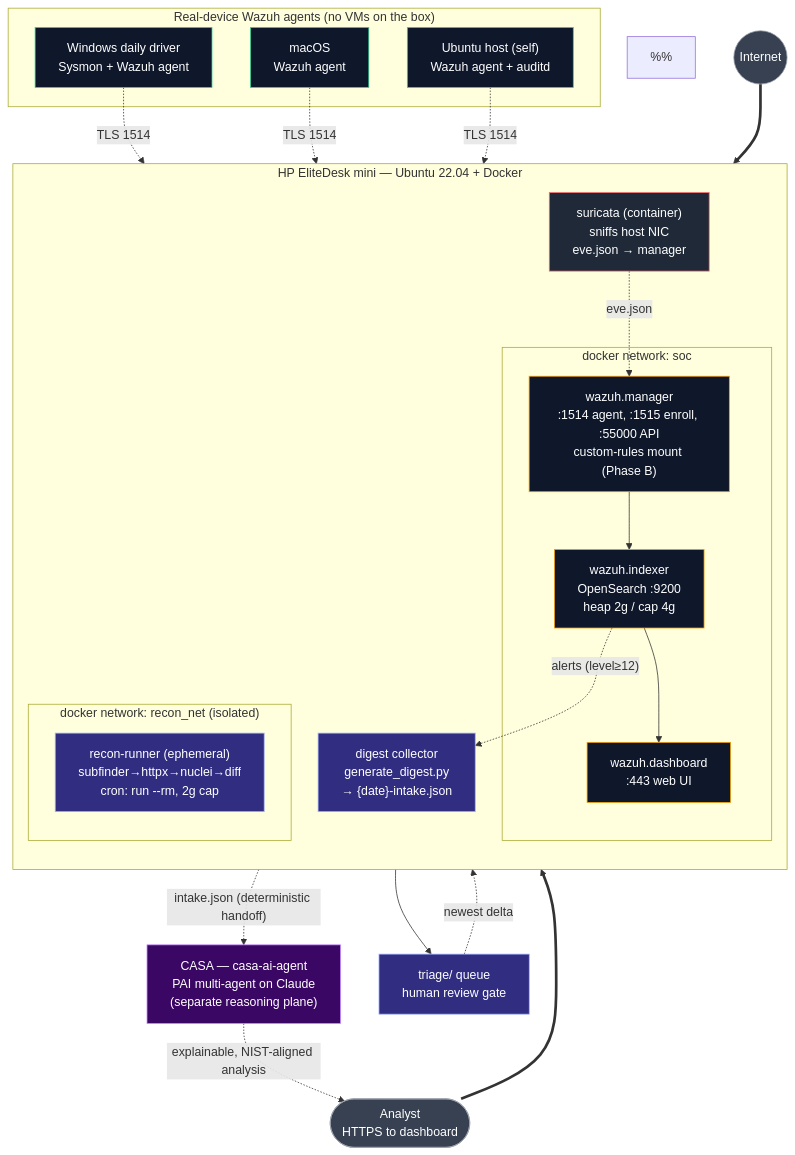
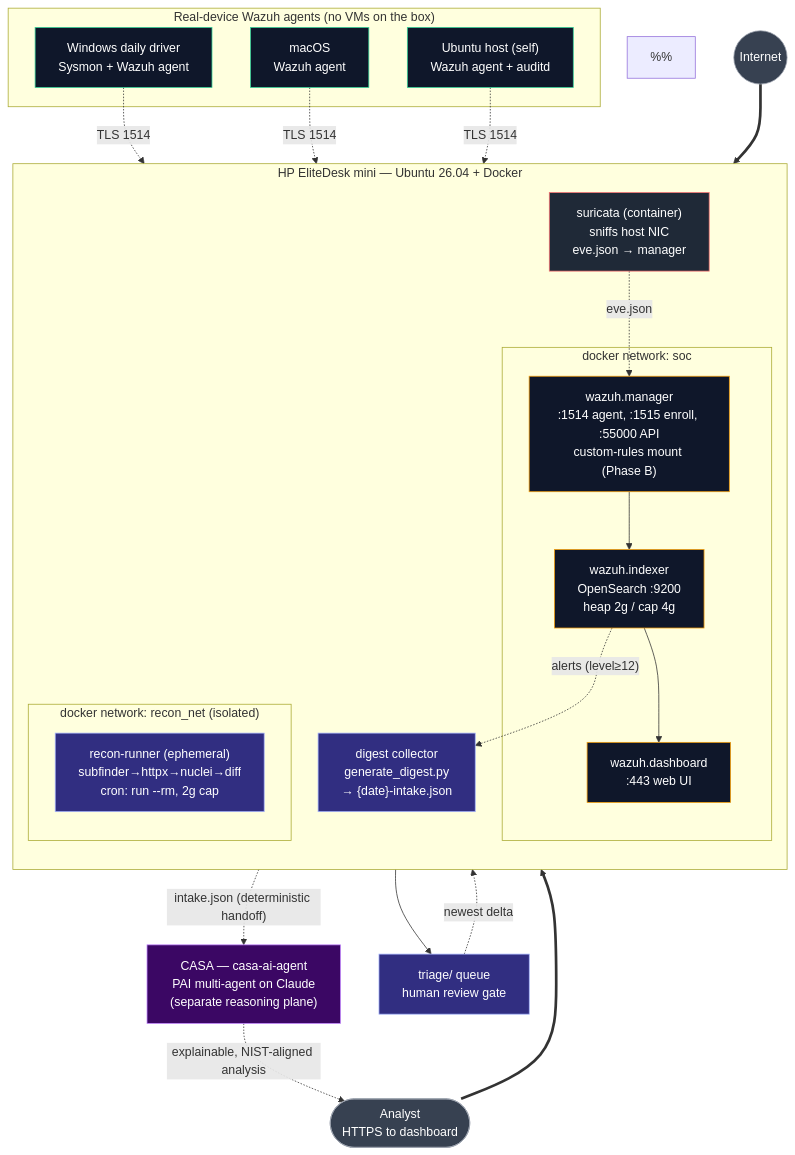
One commit to ktalons/talonsoclab changed the diagram in phase-a-foundation/architecture.mmd. Above: the diagram before and after it, drawn with Mermaid.

Commit message:
diagram: architecture.mmd substrate 22.04 -> 26.04 (as-installed); link network-topology companion

```diff
--- a/phase-a-foundation/architecture.mmd
+++ b/phase-a-foundation/architecture.mmd
@@ -1,70 +1,71 @@
 flowchart TB
 %% TalonSocLab — Phase A Foundation SOC Stack (docker-compose edition)
 %% Single source of truth for the container topology + data flow.
+%% Companion: network-topology.mmd holds the physical / L2 network (router, switch, rack).
 %% Host: HP EliteDesk mini (6-core i5, 16 GB, 256 GB NVMe) — OWNED outright.
-%% Substrate: Ubuntu Server 22.04 LTS bare-metal + Docker (no Proxmox).
+%% Substrate: Ubuntu Server 26.04 LTS bare-metal + Docker (no Proxmox).
 %%
 %% PIVOT NOTE: the original Proxmox/pfSense/VLAN topology is archived under
 %%   phase-a-foundation/archive-proxmox/. This edition trades network realism
 %%   (pfSense, VLANs, Windows endpoint VMs) for portability + detection breadth.
 %% Endpoints are Wazuh agents on REAL devices, not VMs — keeps the 16 GB budget clear.
 
     Internet((Internet))
 
-    subgraph Host["HP EliteDesk mini — Ubuntu 22.04 + Docker"]
+    subgraph Host["HP EliteDesk mini — Ubuntu 26.04 + Docker"]
         direction TB
 
         subgraph SocNet["docker network: soc"]
             Indexer["wazuh.indexer<br/>OpenSearch :9200<br/>heap 2g / cap 4g"]
             Manager["wazuh.manager<br/>:1514 agent, :1515 enroll, :55000 API<br/>custom-rules mount (Phase B)"]
             Dashboard["wazuh.dashboard<br/>:443 web UI"]
         end
 
         Suricata["suricata (container)<br/>sniffs host NIC<br/>eve.json → manager"]
 
         subgraph ReconNet["docker network: recon_net (isolated)"]
             Recon["recon-runner (ephemeral)<br/>subfinder→httpx→nuclei→diff<br/>cron: run --rm, 2g cap"]
         end
 
         Digest["digest collector<br/>generate_digest.py<br/>→ {date}-intake.json"]
     end
 
     subgraph Endpoints["Real-device Wazuh agents (no VMs on the box)"]
         Win["Windows daily driver<br/>Sysmon + Wazuh agent"]
         Mac["macOS<br/>Wazuh agent"]
         UbuntuHost["Ubuntu host (self)<br/>Wazuh agent + auditd"]
     end
 
     Analyst(["Analyst<br/>HTTPS to dashboard"])
     CASA["CASA — casa-ai-agent<br/>PAI multi-agent on Claude<br/>(separate reasoning plane)"]
     Triage["triage/ queue<br/>human review gate"]
 
     Internet ==> Host
     Win  -. "TLS 1514" .-> Manager
     Mac  -. "TLS 1514" .-> Manager
     UbuntuHost -. "TLS 1514" .-> Manager
     Suricata -. "eve.json" .-> Manager
 
     Manager --> Indexer
     Indexer --> Dashboard
     Analyst ==> Dashboard
 
     Recon --> Triage
     Indexer -. "alerts (level≥12)" .-> Digest
     Triage  -. "newest delta" .-> Digest
     Digest -. "intake.json (deterministic handoff)" .-> CASA
     CASA -. "explainable, NIST-aligned analysis" .-> Analyst
 
     classDef soc fill:#0f172a,stroke:#f59e0b,color:#fff
     classDef ids fill:#1f2937,stroke:#f87171,color:#fff
     classDef ep fill:#0f172a,stroke:#34d399,color:#fff
     classDef ext fill:#374151,stroke:#9ca3af,color:#fff
     classDef recon fill:#312e81,stroke:#a5b4fc,color:#fff
     classDef casa fill:#3b0764,stroke:#c084fc,color:#fff
 
     class Indexer,Manager,Dashboard soc
     class Suricata ids
     class Win,Mac,UbuntuHost ep
     class Internet,Analyst ext
     class Recon,Digest,Triage recon
     class CASA casa
```
